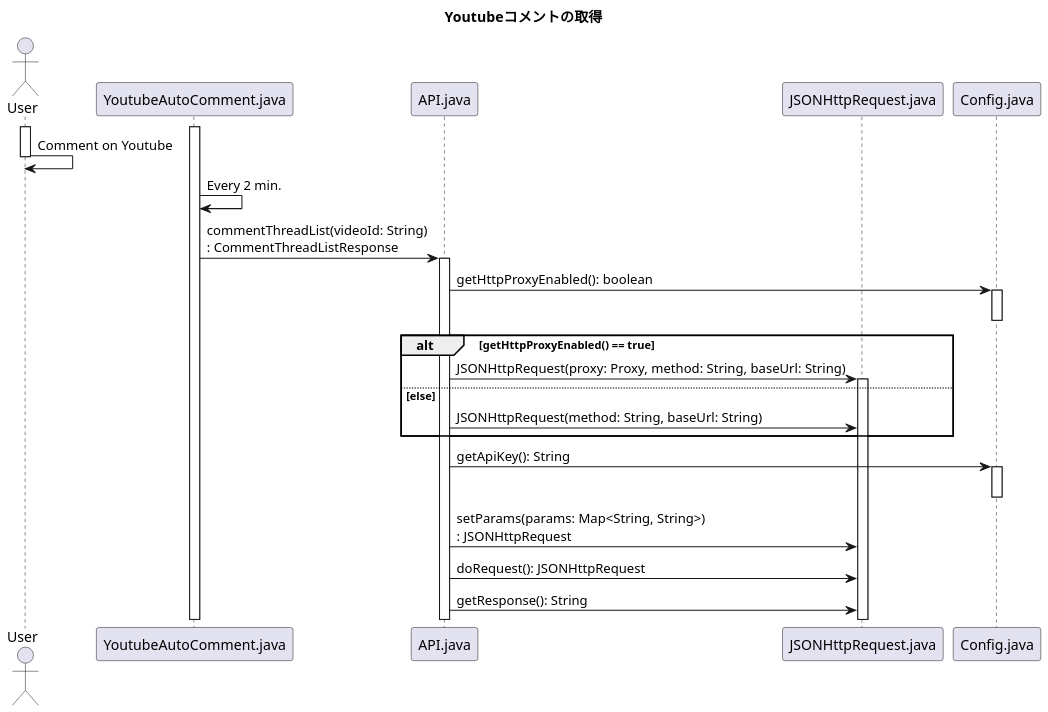
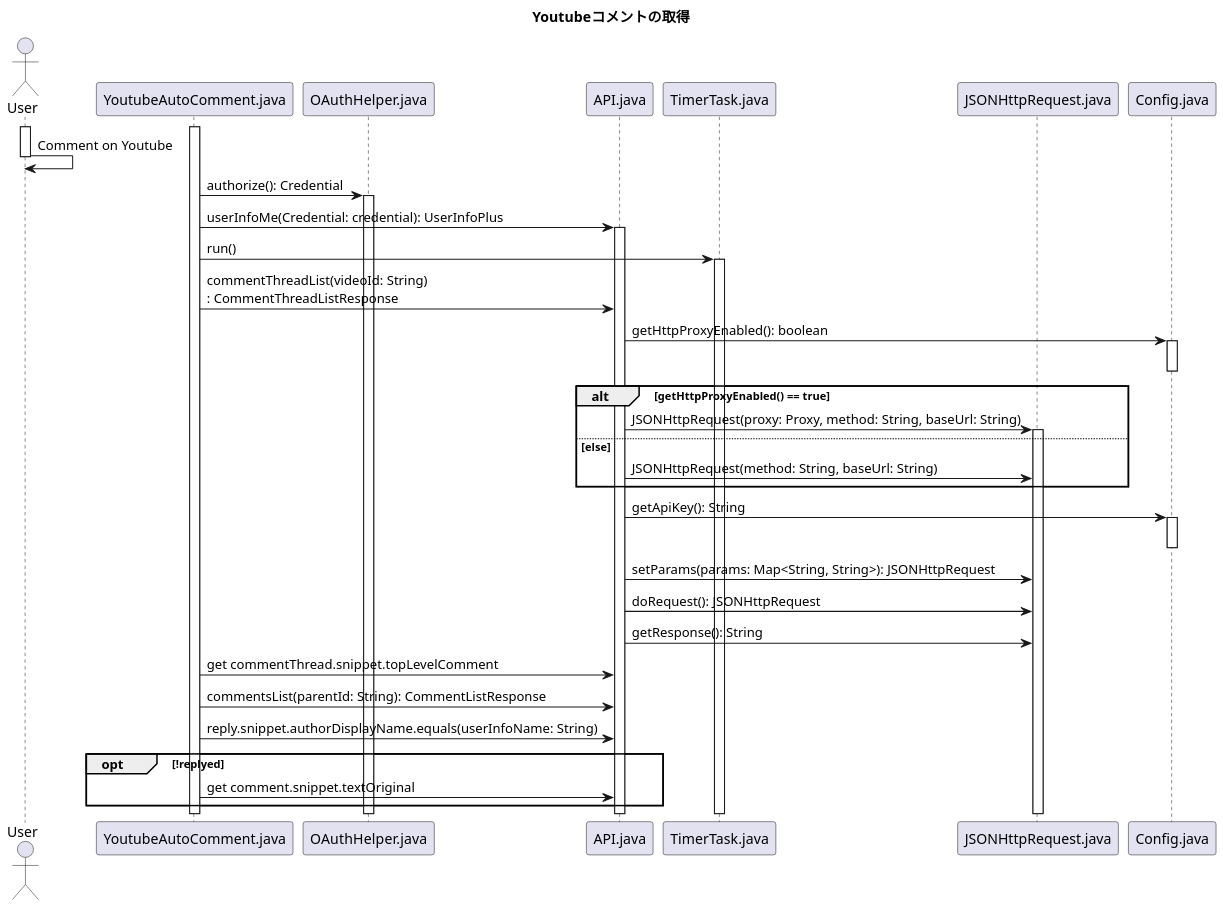
The diagram in uml/YoutubeAutoComment_SequenceDiagram_GetComment.pu (KataokaNagi/YoutubeAutoComment), drawn with PlantUML before and after one commit. The commit also changed 3 other files, not shown here.

```diff
--- a/uml/YoutubeAutoComment_SequenceDiagram_GetComment.pu
+++ b/uml/YoutubeAutoComment_SequenceDiagram_GetComment.pu
@@ -13,78 +13,109 @@
 @startuml out/SequenceDiagram_GetComment.png
 scale 1.5
 skinparam DefaultFontName メイリオ
 ' 可視性の変更
 skinparam classAttributeIconSize 0
 
 ''''''''''''''''''''''''''''''''''''''''''''''''''
 
 title
 **Youtubeコメントの取得**
 end title
 
 ''''''''''''''''''''''''''''''''''''''''''''''''''''''''''''''''''''''''''''''''
 
 actor User
 participant YoutubeAutoComment.java
+participant OAuthHelper.java
 participant API.java
+' participant Timer.java
+participant TimerTask.java
 participant JSONHttpRequest.java
 participant Config.java
 ' 冗長？
 ' participant HashMap.java
 ' participant ObjectMapper.java
 
 ' participant EmoationAnalyser.java
 ' participant ReplyGenerator.java
 
 ''''''''''''''''''''''''''''''''''''''''''''''''''''''''''''''''''''''''''''''''
 activate YoutubeAutoComment.java
 
 activate User
 User -> User: Comment on Youtube
 deactivate User
 
 ''''''''''''''''''''''''''''''''''''''''''''''''''
-' activate YoutubeAutoComment.java
-YoutubeAutoComment.java -> YoutubeAutoComment.java: Every 2 min.
-' deactivate YoutubeAutoComment.java
+
+YoutubeAutoComment.java -> OAuthHelper.java: authorize(): Credential
+activate OAuthHelper.java
+
+''''''''''''''''''''''''''''''''''''''''''''''''''
+
+YoutubeAutoComment.java -> API.java: userInfoMe(Credential: credential): UserInfoPlus
+activate API.java
+
+''''''''''''''''''''''''''''''''''''''''''''''''''
+
+YoutubeAutoComment.java -> TimerTask.java: run()
+' activate Timer.java
+activate TimerTask.java
 
 ''''''''''''''''''''''''''''''''''''''''''''''''''
 
 YoutubeAutoComment.java -> API.java: commentThreadList(videoId: String)\n: CommentThreadListResponse
-activate API.java
 
 ''''''''''''''''''''''''''''''''''''''''''''''''''
 
 API.java -> Config.java: getHttpProxyEnabled(): boolean
 activate Config.java
 deactivate Config.java
 
 alt getHttpProxyEnabled() == true
   API.java -> JSONHttpRequest.java: JSONHttpRequest(proxy: Proxy, method: String, baseUrl: String)
   activate JSONHttpRequest.java
 else else
   API.java -> JSONHttpRequest.java: JSONHttpRequest(method: String, baseUrl: String)
 end
 
 ''''''''''''''''''''''''''''''''''''''''''''''''''
 
 API.java -> Config.java: getApiKey(): String
 activate Config.java
 deactivate Config.java
 
 ' 冗長？
 ' API.java -> HashMap.java: put(K: Object, V: Object)
 ' API.java -> HashMap.java
 ' API.java -> HashMap.java
 ' API.java -> HashMap.java
 ' API.java -> HashMap.java
 
 ''''''''''''''''''''''''''''''''''''''''''''''''''
 
-API.java -> JSONHttpRequest.java: setParams(params: Map<String, String>)\n: JSONHttpRequest
+API.java -> JSONHttpRequest.java: setParams(params: Map<String, String>): JSONHttpRequest
 API.java -> JSONHttpRequest.java: doRequest(): JSONHttpRequest
 API.java -> JSONHttpRequest.java: getResponse(): String
 
 ''''''''''''''''''''''''''''''''''''''''''''''''''
 
+YoutubeAutoComment.java -> API.java: get commentThread.snippet.topLevelComment
+YoutubeAutoComment.java -> API.java: commentsList(parentId: String): CommentListResponse
+YoutubeAutoComment.java -> API.java: reply.snippet.authorDisplayName.equals(userInfoName: String)
+
+''''''''''''''''''''''''''''''''''''''''''''''''''
+
+group opt [!replyed]
+YoutubeAutoComment.java -> API.java: get comment.snippet.textOriginal
+' YoutubeAutoComment.java -> ReplyGenerator.java: generate(comment: String)
+end
+
+''''''''''''''''''''''''''''''''''''''''''''''''''
+
+' YoutubeAutoComment.java -> Timer.java: scheduleAtFixedRate(Runnable command, long initialDelay, long period)
+
+''''''''''''''''''''''''''''''''''''''''''''''''''
+
+
 @enduml
```
